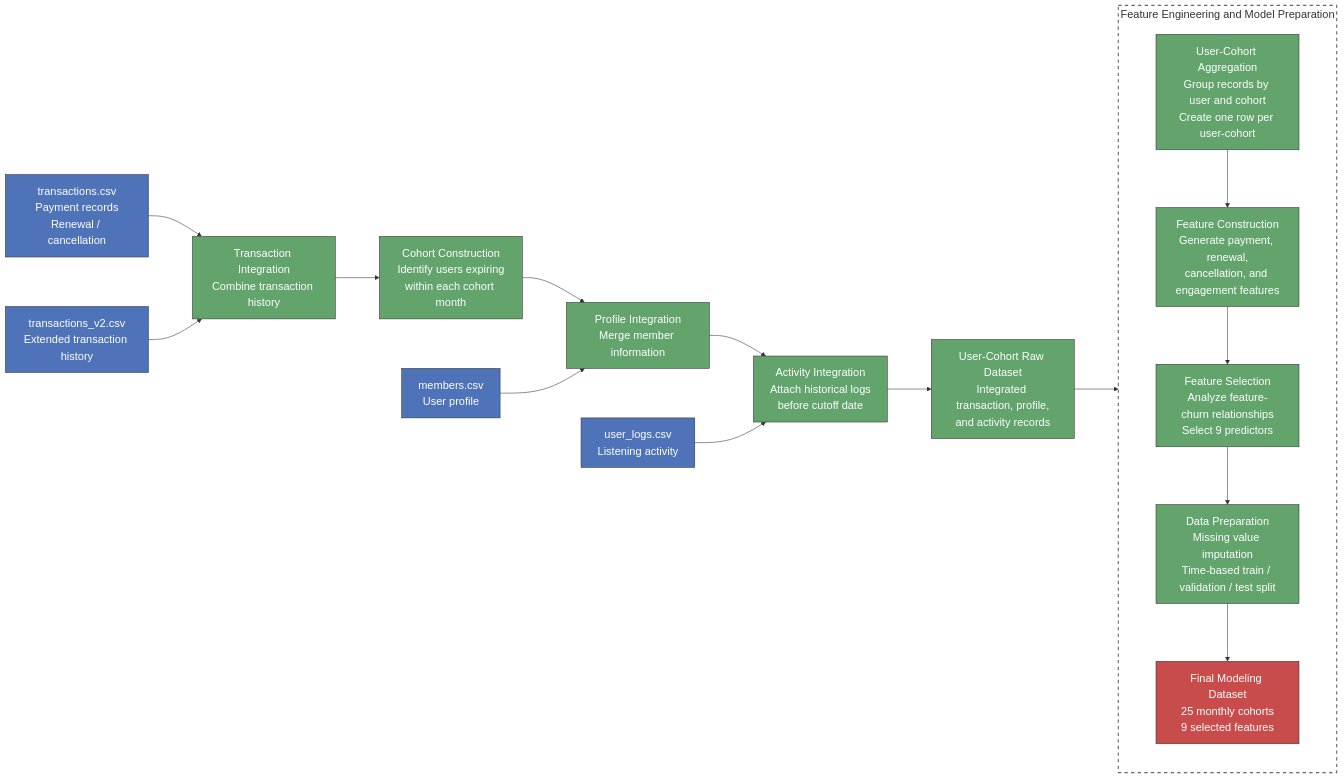
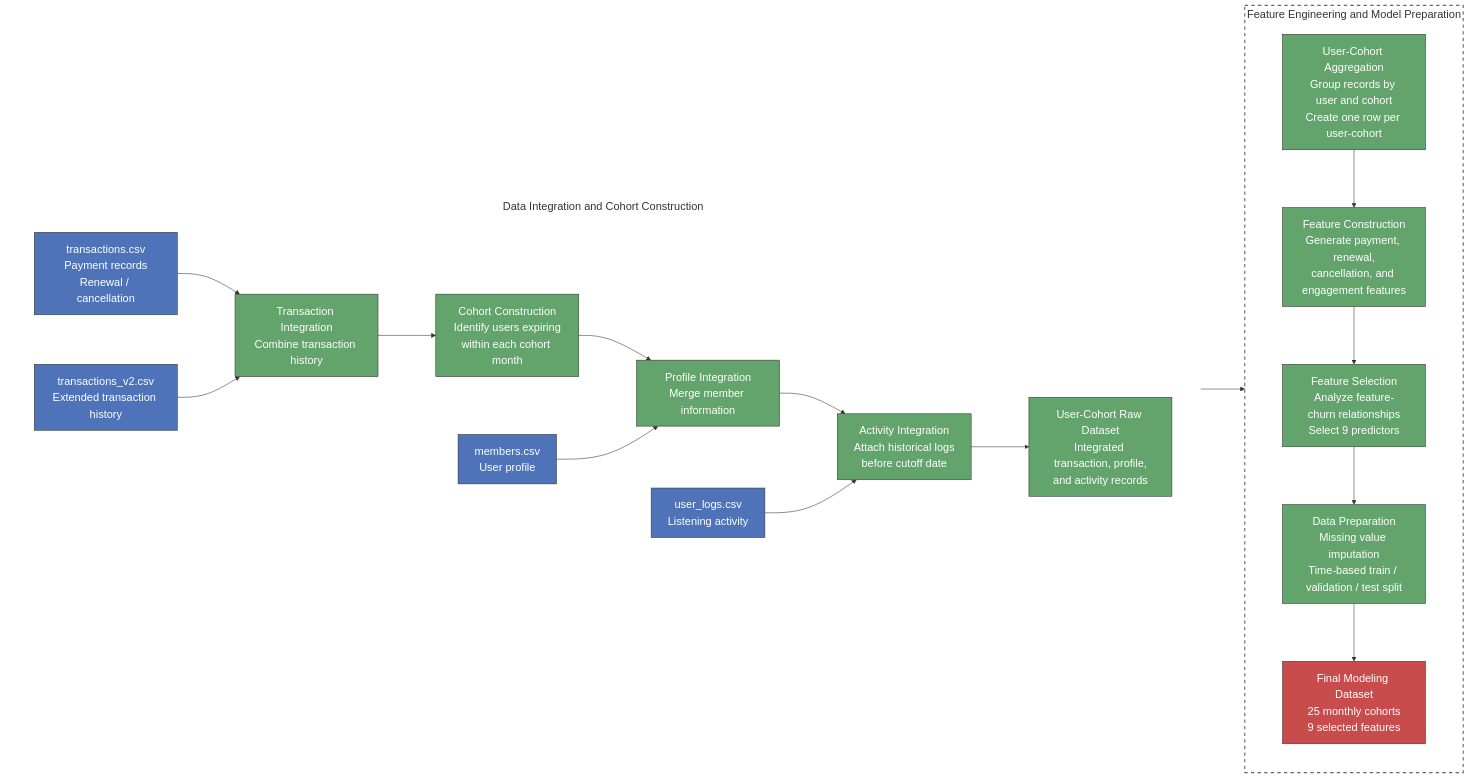
One commit to linxinliu241/kkbox-churn-project changed the diagram in README.md. Above: the diagram before and after it, drawn with Mermaid. The commit also changed other lines of this file, not shown here.

````diff
--- a/README.md
+++ b/README.md
@@ -250,13 +113,17 @@
   }
 }}%%
 
-
 flowchart LR
 
 
 %% =========================
-%% Raw Data Sources
+%% Stage 1: Data Integration
 %% =========================
+
+subgraph DATA["Data Integration and Cohort Construction"]
+
+direction LR
+
 
 A["transactions.csv<br/>Payment records<br/>Renewal / cancellation"]
 
@@ -266,11 +133,6 @@
 
 D["user_logs.csv<br/>Listening activity"]
 
-
-
-%% =========================
-%% Data Aggregation Stage
-%% =========================
 
 E["Transaction Integration<br/>Combine transaction history"]
 
@@ -284,13 +146,32 @@
 
 
 
+A --> E
+B --> E
+
+E --> F
+
+F --> G
+C --> G
+
+G --> H
+D --> H
+
+H --> I
+
+
+end
+
+
+
 %% =========================
-%% Feature Stage
+%% Stage 2: Feature Engineering
 %% =========================
 
 subgraph FEATURE["Feature Engineering and Model Preparation"]
 
 direction TB
+
 
 J["User-Cohort Aggregation<br/>Group records by user and cohort<br/>Create one row per user-cohort"]
 
@@ -303,31 +184,20 @@
 N["Final Modeling Dataset<br/>25 monthly cohorts<br/>9 selected features"]
 
 
+
 J --> K
 K --> L
 L --> M
 M --> N
+
 
 end
 
 
 
 %% =========================
-%% Connections
+%% Main Flow
 %% =========================
-
-A --> E
-B --> E
-
-E --> F
-
-F --> G
-C --> G
-
-G --> H
-D --> H
-
-H --> I
 
 I --> J
 
@@ -351,6 +221,11 @@
 class N final;
 
 
+
+%% Remove left stage box, keep right stage box
+
+style DATA fill:none,stroke:none
+
 style FEATURE fill:none,stroke:#666,stroke-width:2px,stroke-dasharray:6 6
 
 ```
````
